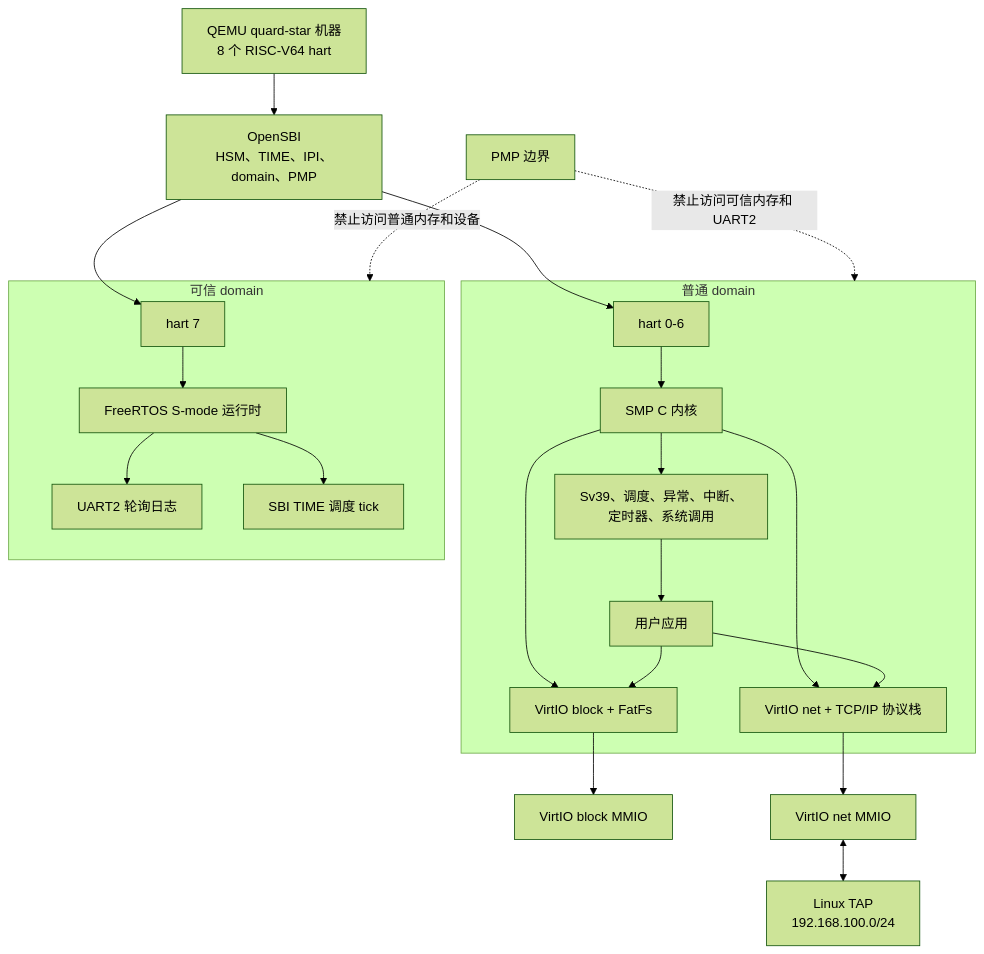
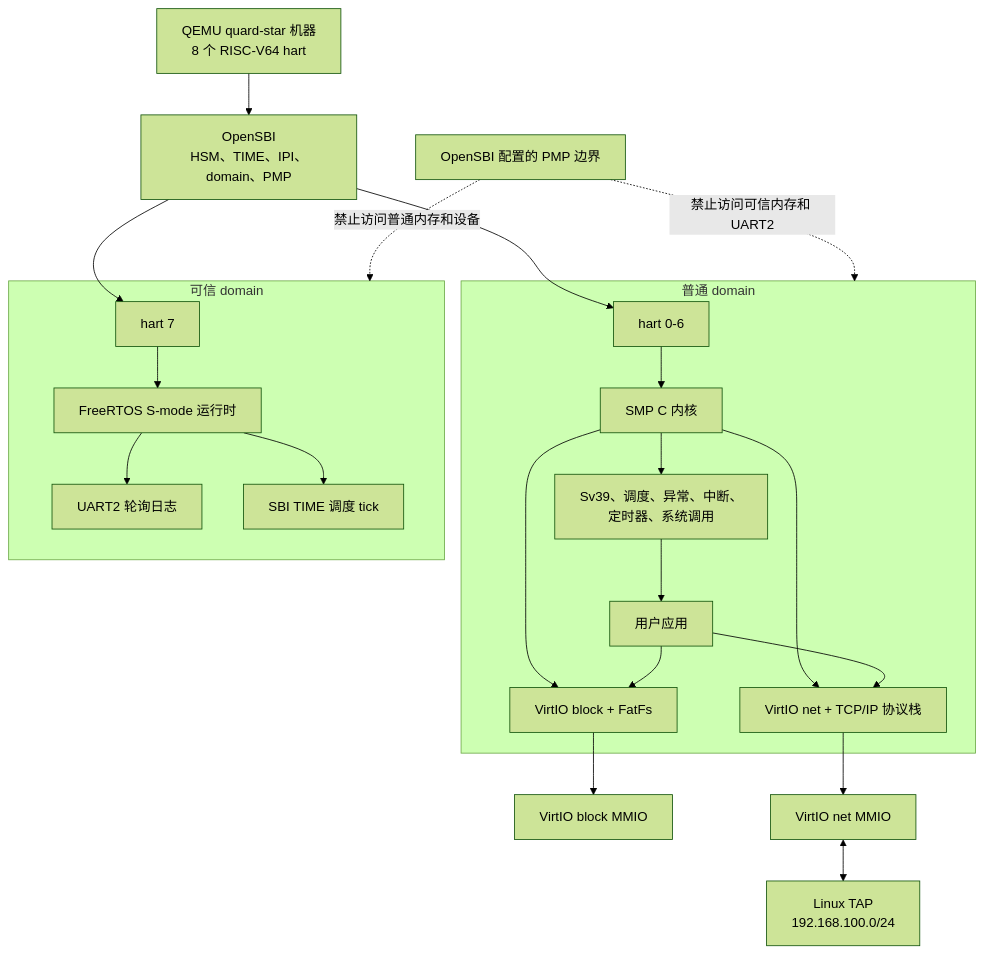
One commit to Quchaosheng/quard-star-riscv64-net changed the first of 7 diagrams in README.zh-CN.md. Above: the diagram before and after it, drawn with Mermaid (forest theme). The commit also changed other lines of this file and 10 other files, not shown here.

````diff
--- a/README.zh-CN.md
+++ b/README.zh-CN.md
@@ -56,29 +59,29 @@
 ```mermaid
 flowchart TB
     QEMU["QEMU quard-star 机器<br/>8 个 RISC-V64 hart"] --> SBI["OpenSBI<br/>HSM、TIME、IPI、domain、PMP"]
 
     subgraph UNTRUSTED["普通 domain"]
         HARTS["hart 0-6"] --> KERNEL["SMP C 内核"]
         KERNEL --> CORE["Sv39、调度、异常、中断、<br/>定时器、系统调用"]
         KERNEL --> STORAGE["VirtIO block + FatFs"]
         KERNEL --> NET["VirtIO net + TCP/IP 协议栈"]
         CORE --> APPS["用户应用"]
         APPS --> NET
         APPS --> STORAGE
     end
 
     subgraph TRUSTED["可信 domain"]
         HART7["hart 7"] --> RTOS["FreeRTOS S-mode 运行时"]
         RTOS --> TUART["UART2 轮询日志"]
         RTOS --> TTIME["SBI TIME 调度 tick"]
     end
 
     SBI --> HARTS
     SBI --> HART7
     STORAGE --> VBLK["VirtIO block MMIO"]
     NET --> VNET["VirtIO net MMIO"]
     VNET <--> TAP["Linux TAP<br/>192.168.100.0/24"]
 
-    PMP["PMP 边界"] -. "禁止访问可信内存和 UART2" .-> UNTRUSTED
+    PMP["OpenSBI 配置的 PMP 边界"] -. "禁止访问可信内存和 UART2" .-> UNTRUSTED
     PMP -. "禁止访问普通内存和设备" .-> TRUSTED
 ```
````
